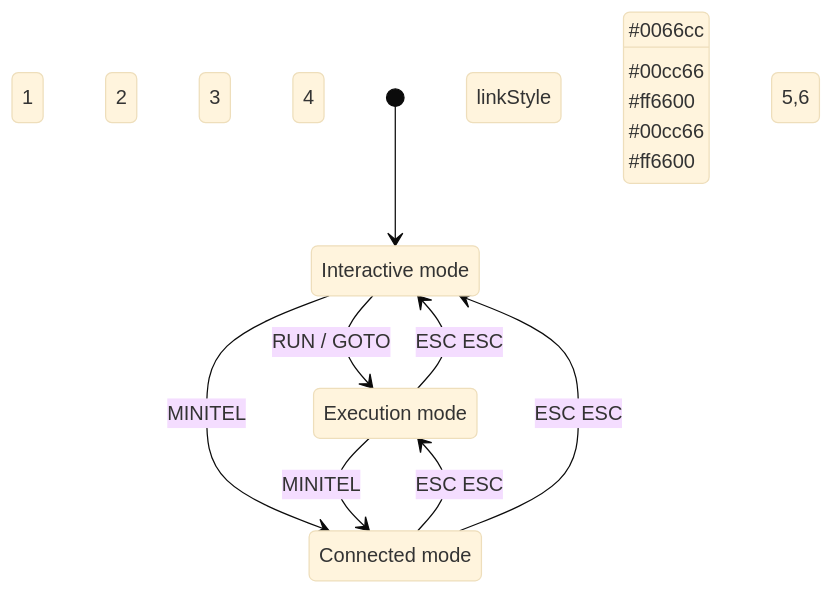
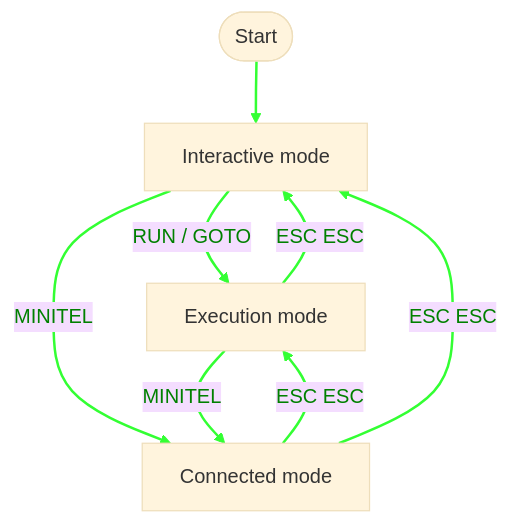
One commit to abasty/minwifi-esp01 changed the diagram in lib/basic/BASTOS-MANUAL.md. Above: the diagram before and after it, drawn with Mermaid (base theme). The commit also changed 1 other file, not shown here.

Commit message:
doc(manual): change BASTOS modes diagram to flowchart with styled links

````diff
--- a/lib/basic/BASTOS-MANUAL.md
+++ b/lib/basic/BASTOS-MANUAL.md
@@ -32,20 +32,16 @@
 ```mermaid
-stateDiagram-v2
-    interactive: Interactive mode
-    execution: Execution mode
-    connected: Connected mode
-    
-    [*] --> interactive
-    interactive --> execution: RUN / GOTO
-    interactive --> connected: MINITEL
-    execution --> interactive: ESC ESC
-    execution --> connected: MINITEL
-    connected --> execution: ESC ESC
-    connected --> interactive: ESC ESC
-    
-    linkStyle 1 stroke:#0066cc
-    linkStyle 2 stroke:#00cc66
-    linkStyle 3 stroke:#ff6600
-    linkStyle 4 stroke:#00cc66
-    linkStyle 5,6 stroke:#ff6600
+flowchart TD
+    start([Start])
+    interactive["Interactive mode"]
+    execution["Execution mode"]
+    connected["Connected mode"]
+
+    start --> interactive
+    interactive -->|RUN / GOTO| execution
+    interactive -->|MINITEL| connected
+    execution -->|ESC ESC| interactive
+    execution -->|MINITEL| connected
+    connected -->|ESC ESC| execution
+    connected -->|ESC ESC| interactive
+    linkStyle default stroke:#3f3,stroke-width:2px,color:green;
 ```
````
